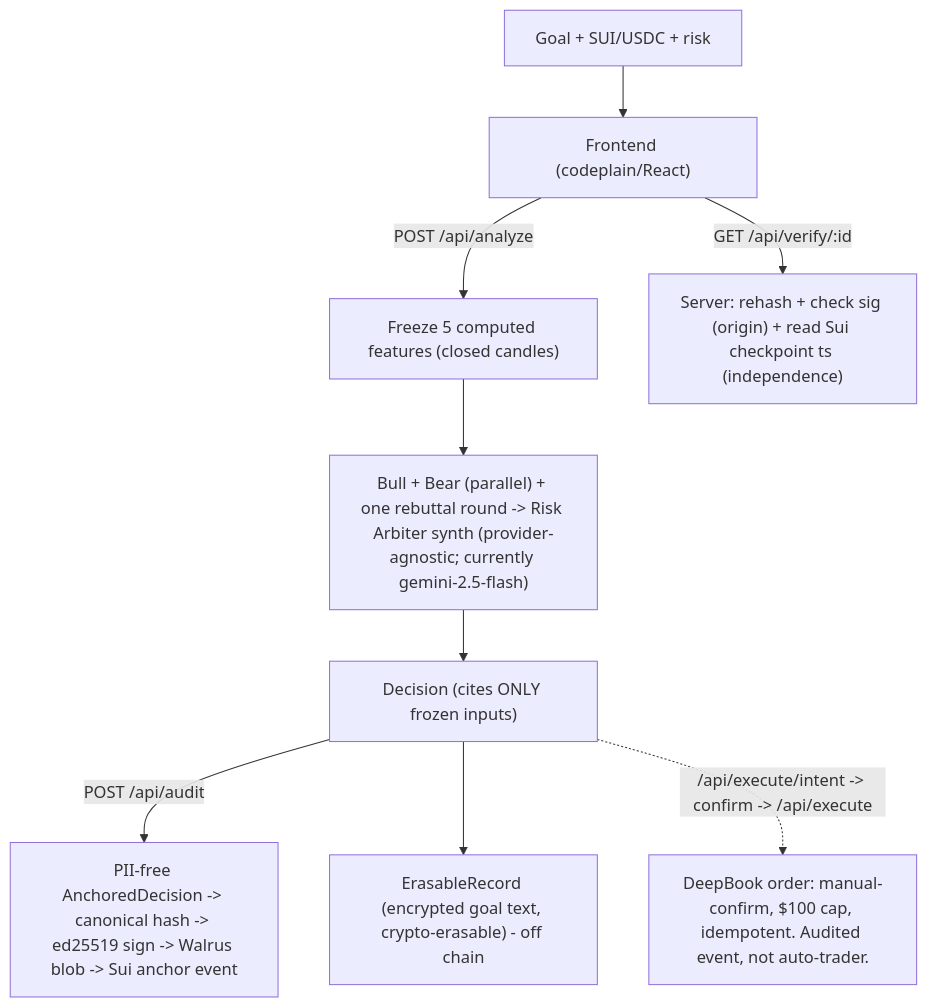
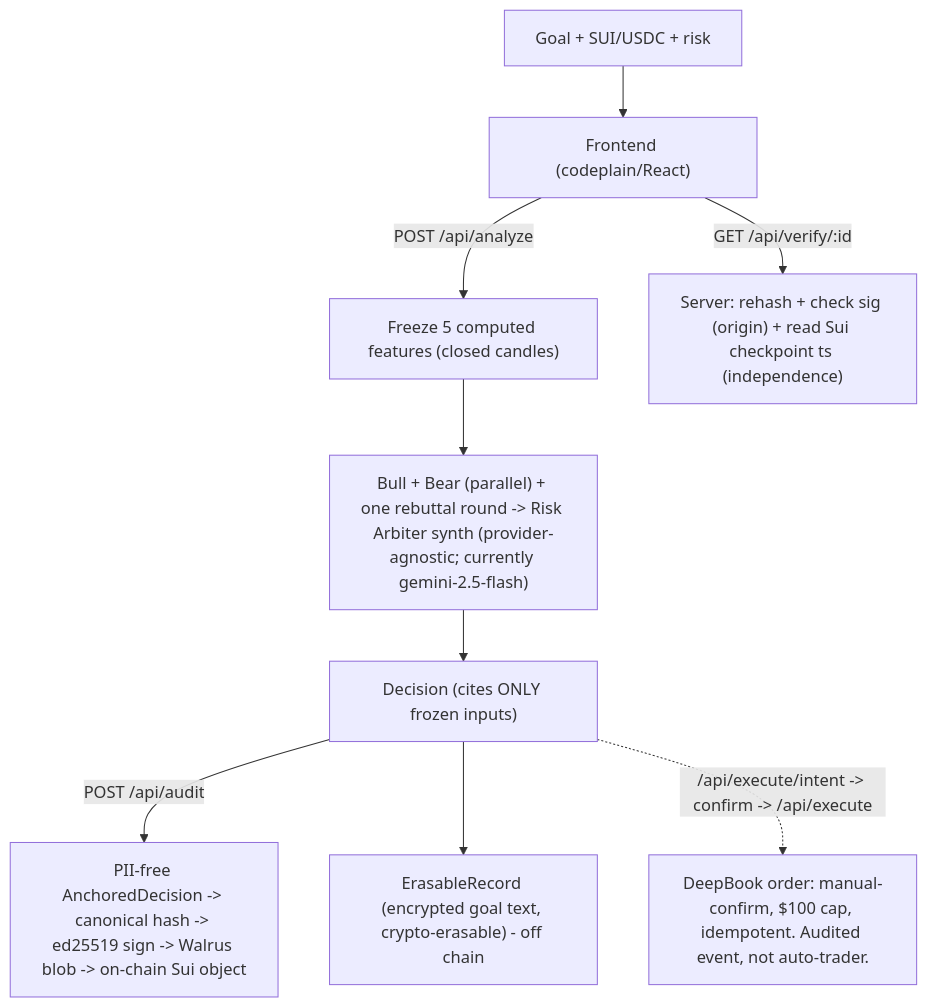
The diagram in SPEC.md (supawichza40/glassbox), drawn with Mermaid before and after one commit. The commit also changed other lines of this file and 12 other files, not shown here.

First line of the commit message:
docs: full sweep to latest build (live DeepBook, on-chain Sui object anchor, relevance gate, interactive tamper, 100 tests)

````diff
--- a/SPEC.md
+++ b/SPEC.md
@@ -33,11 +36,11 @@
 ```mermaid
 flowchart TD
   A["Goal + SUI/USDC + risk"] --> B["Frontend (codeplain/React)"]
   B -->|POST /api/analyze| C["Freeze 5 computed features (closed candles)"]
   C --> D["Bull + Bear (parallel) + one rebuttal round -> Risk Arbiter synth (provider-agnostic; currently gemini-2.5-flash)"]
   D --> E["Decision (cites ONLY frozen inputs)"]
-  E -->|POST /api/audit| F["PII-free AnchoredDecision -> canonical hash -> ed25519 sign -> Walrus blob -> Sui anchor event"]
+  E -->|POST /api/audit| F["PII-free AnchoredDecision -> canonical hash -> ed25519 sign -> Walrus blob -> on-chain Sui object"]
   E --> G["ErasableRecord (encrypted goal text, crypto-erasable) - off chain"]
   B -->|GET /api/verify/:id| H["Server: rehash + check sig (origin) + read Sui checkpoint ts (independence)"]
   E -.->|/api/execute/intent -> confirm -> /api/execute| I["DeepBook order: manual-confirm, $100 cap, idempotent. Audited event, not auto-trader."]
 ```
````
